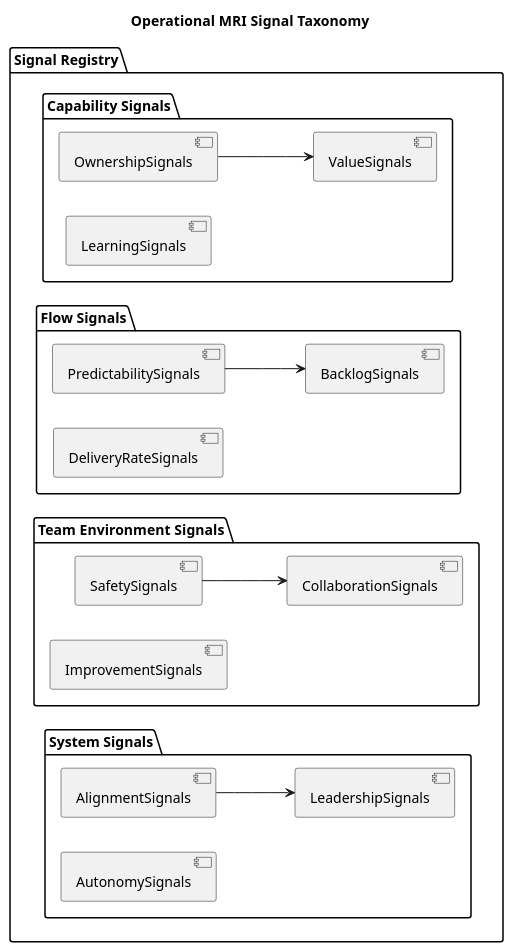
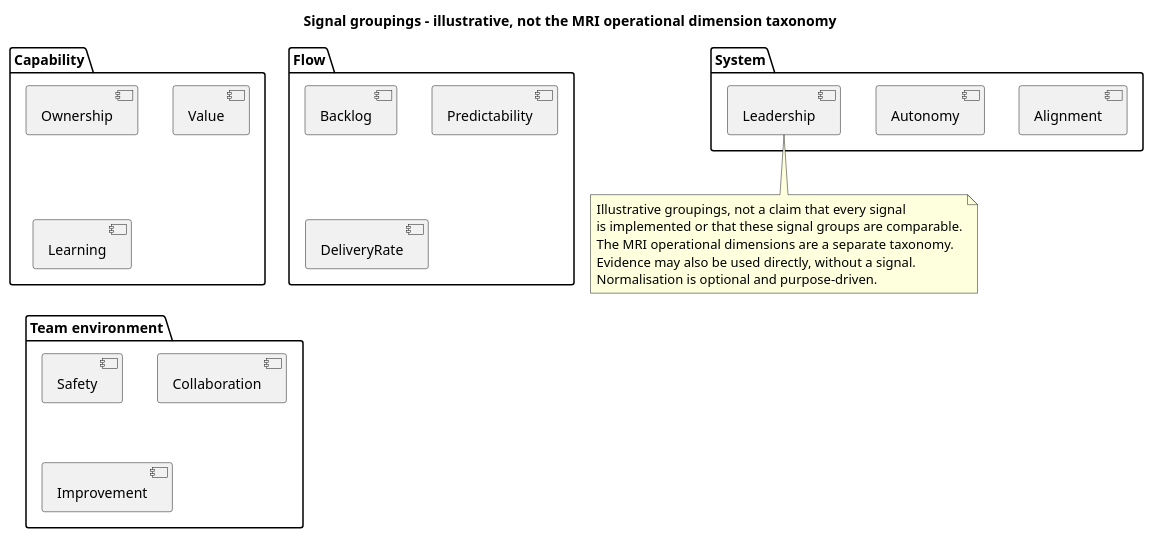
The diagram in OperationalIntelligenceHub/docs/architecture/signal_taxonomy.puml (Dowlingfuau/Empowered-Delivery), drawn with PlantUML before and after one commit. The commit also changed 16 other files, not shown here.

```diff
--- a/OperationalIntelligenceHub/docs/architecture/signal_taxonomy.puml
+++ b/OperationalIntelligenceHub/docs/architecture/signal_taxonomy.puml
@@ -1,38 +1,30 @@
-@startuml Signal Taxonomy
-left to right direction
-title Operational MRI Signal Taxonomy
-
-package "Signal Registry" {
-
-  package "Capability Signals" {
-    component OwnershipSignals
-    component ValueSignals
-    component LearningSignals
-  }
-
-  package "Flow Signals" {
-    component PredictabilitySignals
-    component BacklogSignals
-    component DeliveryRateSignals
-  }
-
-  package "Team Environment Signals" {
-    component SafetySignals
-    component CollaborationSignals
-    component ImprovementSignals
-  }
-
-  package "System Signals" {
-    component AlignmentSignals
-    component AutonomySignals
-    component LeadershipSignals
-  }
-
+@startuml
+title Signal groupings - illustrative, not the MRI operational dimension taxonomy
+package "Capability" {
+  component Ownership
+  component Value
+  component Learning
 }
-
-OwnershipSignals --> ValueSignals
-PredictabilitySignals --> BacklogSignals
-SafetySignals --> CollaborationSignals
-AlignmentSignals --> LeadershipSignals
-
+package "Flow" {
+  component Backlog
+  component Predictability
+  component DeliveryRate
+}
+package "Team environment" {
+  component Safety
+  component Collaboration
+  component Improvement
+}
+package "System" {
+  component Alignment
+  component Autonomy
+  component Leadership
+}
+note bottom
+  Illustrative groupings, not a claim that every signal
+  is implemented or that these signal groups are comparable.
+  The MRI operational dimensions are a separate taxonomy.
+  Evidence may also be used directly, without a signal.
+  Normalisation is optional and purpose-driven.
+end note
 @enduml
```
